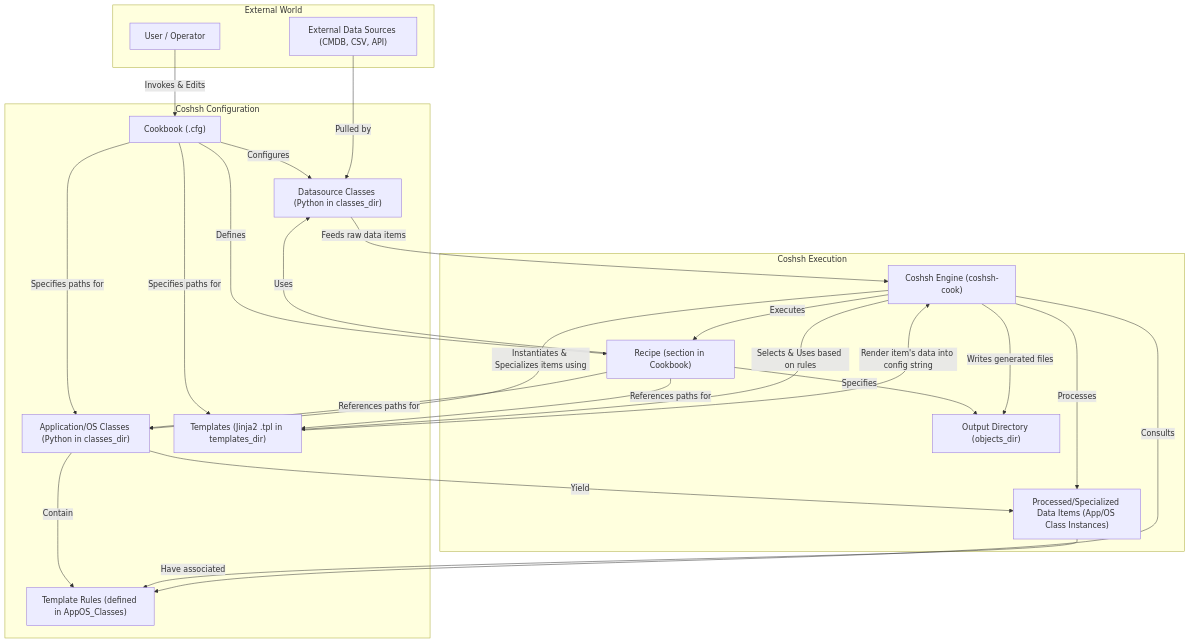
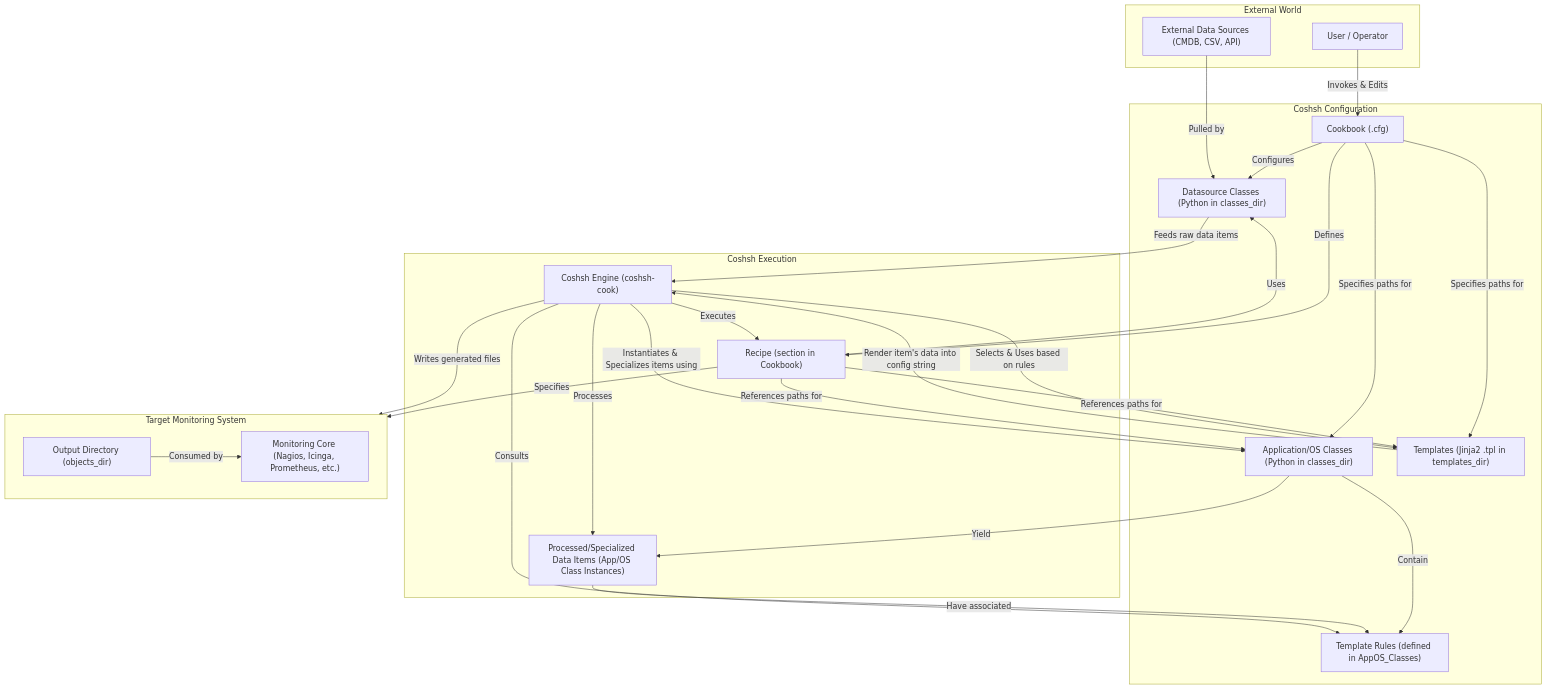
Before and after one commit to lausser/coshsh: the diagram in coshsh_principle_diagram.md, drawn with Mermaid.

Commit message:
Feat: Enhance Coshsh overview Mermaid diagram
Updates `coshsh_principle_diagram.md` to include a new 'Target Monitoring System' subgraph. This subgraph contains the 'Output Directory' and a new 'Monitoring Core (Nagios, Icinga, Prometheus, etc.)' node, clarifying where Coshsh's generated configurations are utilized.

````diff
--- a/coshsh_principle_diagram.md
+++ b/coshsh_principle_diagram.md
@@ -1,49 +1,55 @@
 ```mermaid
 graph TD
     subgraph External World
         ExtData["External Data Sources (CMDB, CSV, API)"]
         User["User / Operator"]
     end
 
-    subgraph Coshsh Configuration
+    subgraph CoshshConfiguration["Coshsh Configuration"]
         Cookbook["Cookbook (.cfg)"]
         DS_Classes["Datasource Classes (Python in classes_dir)"]
         AppOS_Classes["Application/OS Classes (Python in classes_dir)"]
         TRules["Template Rules (defined in AppOS_Classes)"]
         Templates["Templates (Jinja2 .tpl in templates_dir)"]
     end
 
-    subgraph Coshsh Execution
+    subgraph CoshshExecution["Coshsh Execution"]
         Engine["Coshsh Engine (coshsh-cook)"]
         Recipe["Recipe (section in Cookbook)"]
         ProcessedItems["Processed/Specialized Data Items (App/OS Class Instances)"]
+    end
+
+    subgraph MonitoringSystem["Target Monitoring System"]
+        direction LR
         Output["Output Directory (objects_dir)"]
+        MonitoringCore["Monitoring Core (Nagios, Icinga, Prometheus, etc.)"]
     end
 
     User -- Invokes & Edits --> Cookbook
     Cookbook -- Defines --> Recipe
     Cookbook -- Configures --> DS_Classes
     Cookbook -- Specifies paths for --> AppOS_Classes
     Cookbook -- Specifies paths for --> Templates
 
     Recipe -- Uses --> DS_Classes
     Recipe -- References paths for --> AppOS_Classes
     Recipe -- References paths for --> Templates
     Recipe -- Specifies --> Output
 
     ExtData -- Pulled by --> DS_Classes
     DS_Classes -- Feeds raw data items --> Engine
 
     Engine -- Executes --> Recipe
     Engine -- "Instantiates & Specializes items using" --> AppOS_Classes
     AppOS_Classes -- "Contain" --> TRules
     AppOS_Classes -- "Yield" --> ProcessedItems
 
     Engine -- "Processes" --> ProcessedItems
     ProcessedItems -- "Have associated" --> TRules
     Engine -- "Consults" --> TRules
     Engine -- "Selects & Uses based on rules" --> Templates
 
     Templates -- "Render item's data into config string" --> Engine
     Engine -- "Writes generated files" --> Output
+    Output -- "Consumed by" --> MonitoringCore
 ```
````
